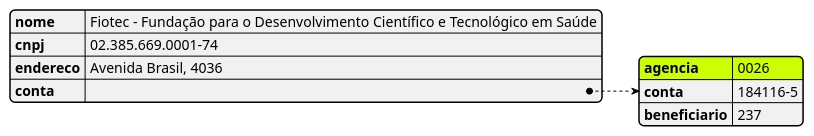
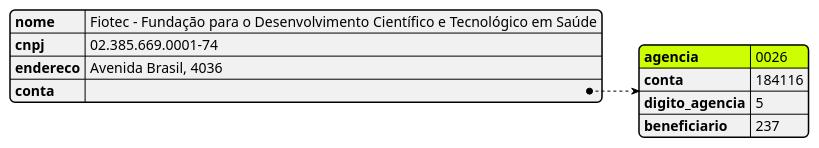
One commit to samoryfiotec/Editora changed the diagram in docs/Entidade_Emissor.puml. Above: the diagram before and after it, drawn with PlantUML. The commit also changed 6 other files, not shown here.

Commit message:
Refactor JSON structure in Entidade_Emissor and update entity definitions in Entidades; add sequence diagram for boleto generation

```diff
--- a/docs/Entidade_Emissor.puml
+++ b/docs/Entidade_Emissor.puml
@@ -1,15 +1,15 @@
 @startjson Exemplo de JSON
 #highlight "conta" / "agencia"
-' #highlight "endereco" / "cidade"
-' #highlight "numerosDeTelefone" / "0" / "numero"
+#highlight "agencia" / "conta"
 {
   "nome": "Fiotec - Fundação para o Desenvolvimento Científico e Tecnológico em Saúde",
   "cnpj": "02.385.669.0001-74",
   "endereco": "Avenida Brasil, 4036",  
   "conta": {
     "agencia": "0026",
-    "conta": "184116-5",
+    "conta": "184116",
+    "digito_agencia": "5",
     "beneficiario": "237"
   }
 }
 @endjson
```
